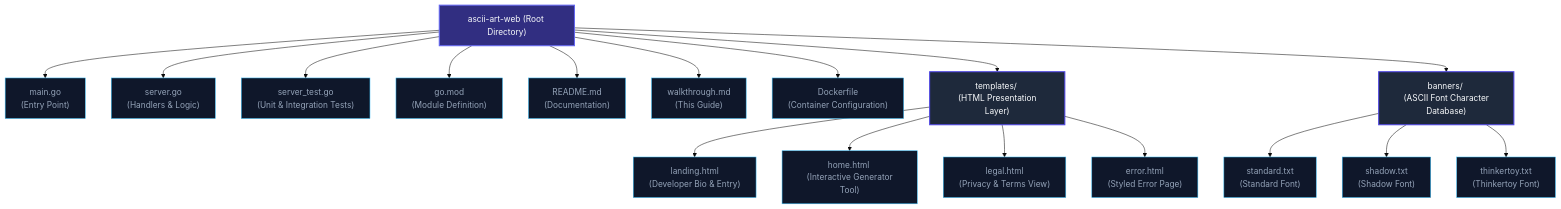
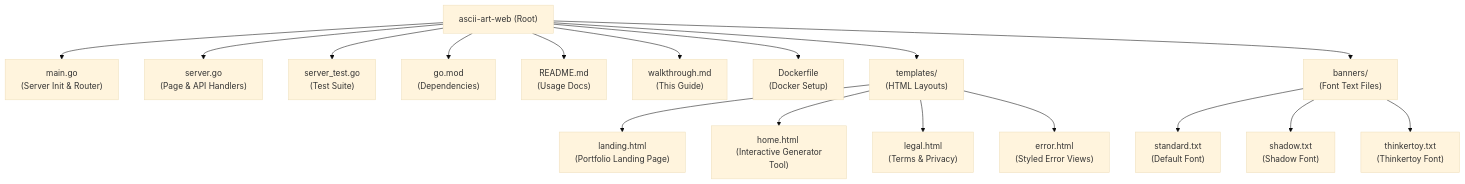
The first of 2 diagrams in walkthrough.md (jezreal-dev/ascii-art-web-generator), drawn with Mermaid (base theme) before and after one commit. The commit also changed other lines of this file and 5 other files, not shown here.

````diff
--- a/walkthrough.md
+++ b/walkthrough.md
@@ -9,57 +9,43 @@
 ```mermaid
 graph TD
-    %% Project Structure Graph
-    Root["ascii-art-web (Root Directory)"]
+    Root["ascii-art-web (Root)"]
     
-    %% Main Files
-    Main["main.go <br> (Entry Point)"]
-    Server["server.go <br> (Handlers & Logic)"]
-    Test["server_test.go <br> (Unit & Integration Tests)"]
-    Mod["go.mod <br> (Module Definition)"]
-    Read["README.md <br> (Documentation)"]
+    Main["main.go <br> (Server Init & Router)"]
+    Server["server.go <br> (Page & API Handlers)"]
+    Test["server_test.go <br> (Test Suite)"]
+    Mod["go.mod <br> (Dependencies)"]
+    Read["README.md <br> (Usage Docs)"]
     Walk["walkthrough.md <br> (This Guide)"]
-    Dockerfile["Dockerfile <br> (Container Configuration)"]
+    Dockerfile["Dockerfile <br> (Docker Setup)"]
     
-    %% Directories
-    TemplatesDir["templates/ <br> (HTML Presentation Layer)"]
-    BannersDir["banners/ <br> (ASCII Font Character Database)"]
+    Templates["templates/ <br> (HTML Layouts)"]
+    Banners["banners/ <br> (Font Text Files)"]
     
-    %% Inside Directories
-    LandingTmpl["landing.html <br> (Developer Bio & Entry)"]
+    LandingTmpl["landing.html <br> (Portfolio Landing Page)"]
     HomeTmpl["home.html <br> (Interactive Generator Tool)"]
-    LegalTmpl["legal.html <br> (Privacy & Terms View)"]
-    ErrorTmpl["error.html <br> (Styled Error Page)"]
+    LegalTmpl["legal.html <br> (Terms & Privacy)"]
+    ErrorTmpl["error.html <br> (Styled Error Views)"]
     
-    StandardB["standard.txt <br> (Standard Font)"]
+    StandardB["standard.txt <br> (Default Font)"]
     ShadowB["shadow.txt <br> (Shadow Font)"]
     ThinkertoyB["thinkertoy.txt <br> (Thinkertoy Font)"]
 
-    %% Connections
     Root --> Main
     Root --> Server
     Root --> Test
     Root --> Mod
     Root --> Read
     Root --> Walk
     Root --> Dockerfile
-    Root --> TemplatesDir
-    Root --> BannersDir
+    Root --> Templates
+    Root --> Banners
     
-    TemplatesDir --> LandingTmpl
-    TemplatesDir --> HomeTmpl
-    TemplatesDir --> LegalTmpl
-    TemplatesDir --> ErrorTmpl
+    Templates --> LandingTmpl
+    Templates --> HomeTmpl
+    Templates --> LegalTmpl
+    Templates --> ErrorTmpl
     
-    BannersDir --> StandardB
-    BannersDir --> ShadowB
-    BannersDir --> ThinkertoyB
-
-    %% Styles
-    classDef dir fill:#1e293b,stroke:#4f46e5,stroke-width:2px,color:#f8fafc;
-    classDef file fill:#0f172a,stroke:#38bdf8,stroke-width:1px,color:#94a3b8;
-    classDef root fill:#312e81,stroke:#6366f1,stroke-width:2px,color:#f8fafc;
-    
-    class Root root;
-    class TemplatesDir,BannersDir dir;
-    class Main,Server,Test,Mod,Read,Walk,Dockerfile,LandingTmpl,HomeTmpl,LegalTmpl,ErrorTmpl,StandardB,ShadowB,ThinkertoyB file;
+    Banners --> StandardB
+    Banners --> ShadowB
+    Banners --> ThinkertoyB
 ```
````
